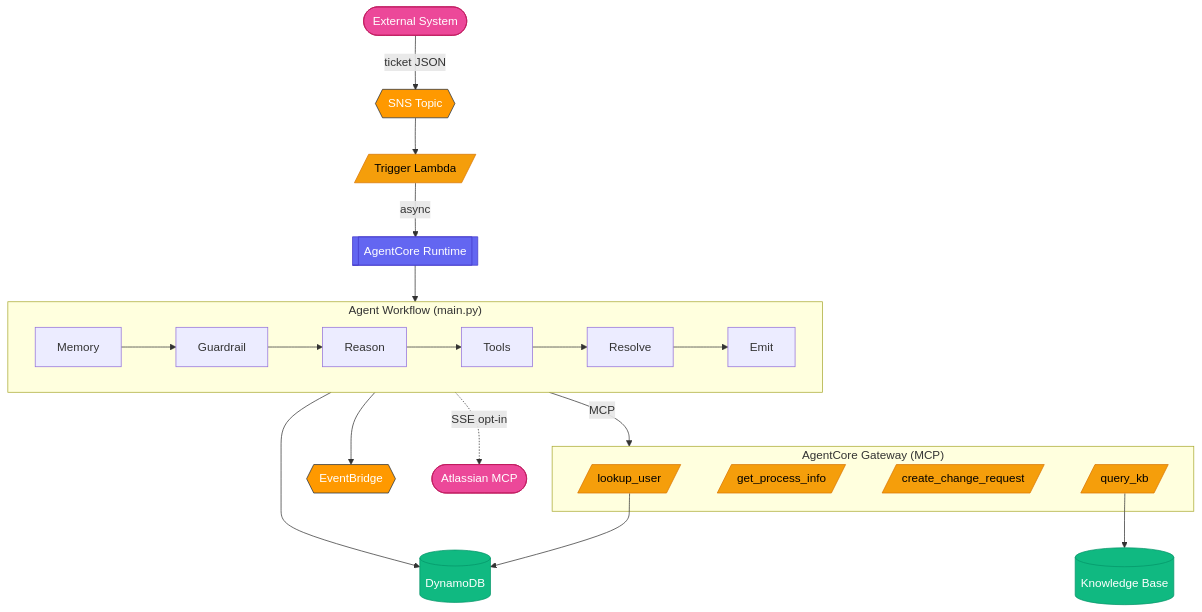
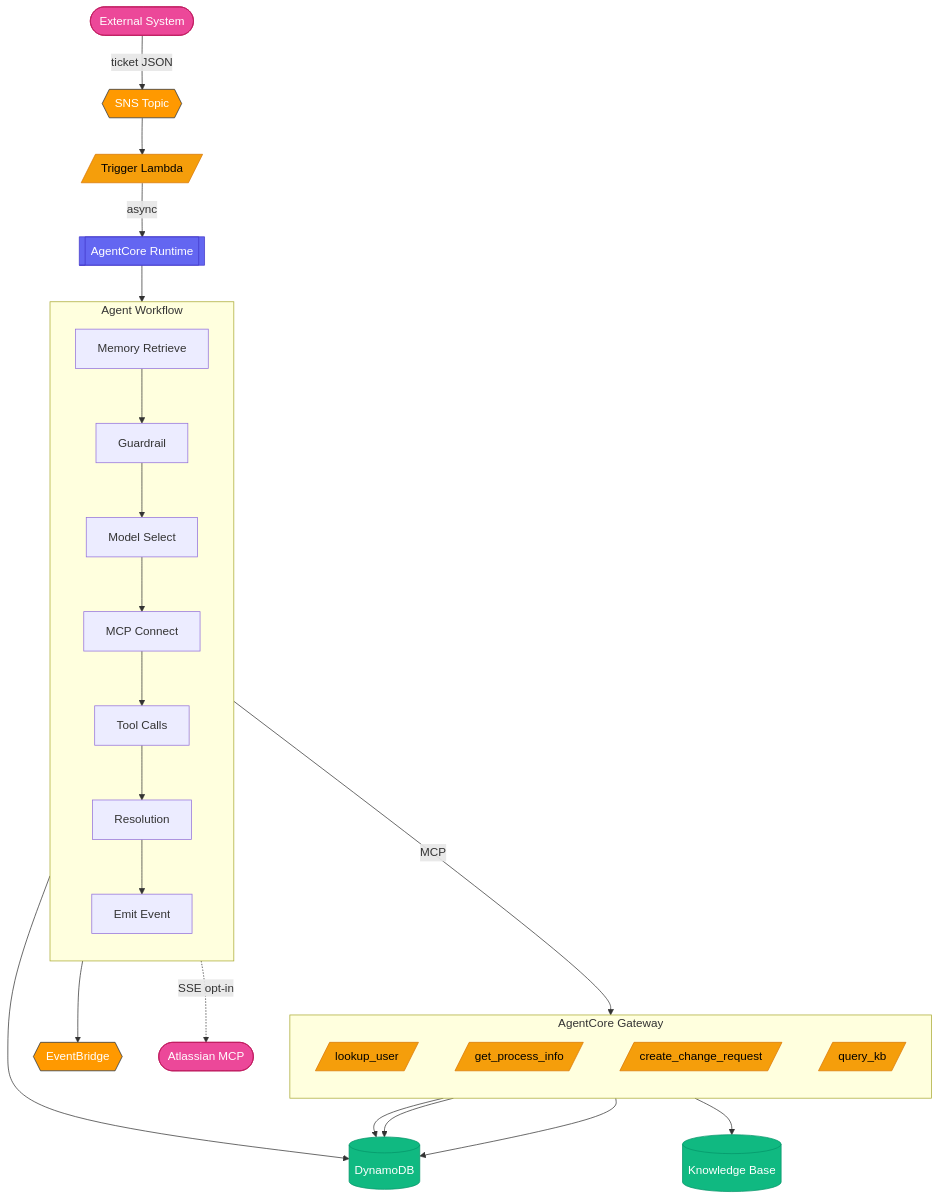
Before and after one commit to awslabs/amazon-bedrock-agentcore-samples: the first of 3 diagrams in 02-use-cases/02-workflow-automation-agents/it-incident-response-agent/README.md, drawn with Mermaid. The commit also changed other lines of this file and 5 other files, not shown here.

````diff
--- a/02-use-cases/02-workflow-automation-agents/it-incident-response-agent/README.md
+++ b/02-use-cases/02-workflow-automation-agents/it-incident-response-agent/README.md
@@ -23,32 +37,47 @@
 ```mermaid
 flowchart TB
+    %% Styling
     classDef aws fill:#FF9900,color:#fff,stroke:#232F3E
     classDef agentcore fill:#6366F1,color:#fff,stroke:#4338CA
     classDef lambda fill:#F59E0B,color:#000,stroke:#D97706
     classDef data fill:#10B981,color:#fff,stroke:#059669
     classDef external fill:#EC4899,color:#fff,stroke:#BE185D
 
     EXT([External System]):::external -->|ticket JSON| SNS{{SNS Topic}}:::aws
     SNS --> TRG[/Trigger Lambda/]:::lambda
     TRG -->|async| RT[[AgentCore Runtime]]:::agentcore
 
-    subgraph RUNTIME["Agent Workflow (main.py)"]
-        direction LR
-        R1[Memory] --> R2[Guardrail] --> R3[Reason] --> R4[Tools] --> R5[Resolve] --> R6[Emit]
+    subgraph RUNTIME["Agent Workflow"]
+        direction TB
+        R1[Memory Retrieve]
+        R2[Guardrail]
+        R3[Model Select]
+        R4[MCP Connect]
+        R5[Tool Calls]
+        R6[Resolution]
+        R7[Emit Event]
+        R1 --> R2 --> R3 --> R4 --> R5 --> R6 --> R7
     end
+
     RT --> RUNTIME
 
-    subgraph GW["AgentCore Gateway (MCP)"]
+    subgraph GW["AgentCore Gateway"]
+        direction TB
         T1[/lookup_user/]:::lambda
         T2[/get_process_info/]:::lambda
         T3[/create_change_request/]:::lambda
         T4[/query_kb/]:::lambda
     end
-    R4 -->|MCP| GW
+
+    R5 -->|MCP| GW
 
     T1 --> DDB[(DynamoDB)]:::data
+    T2 --> DDB
+    T3 --> DDB
     T4 --> KB[(Knowledge Base)]:::data
-    R5 --> DDB
-    R6 --> EB{{EventBridge}}:::aws
-    R4 -.->|SSE opt-in| JIRA([Atlassian MCP]):::external
+
+    R6 --> DDB
+    R7 --> EB{{EventBridge}}:::aws
+
+    R5 -.->|SSE opt-in| JIRA([Atlassian MCP]):::external
 ```
````
